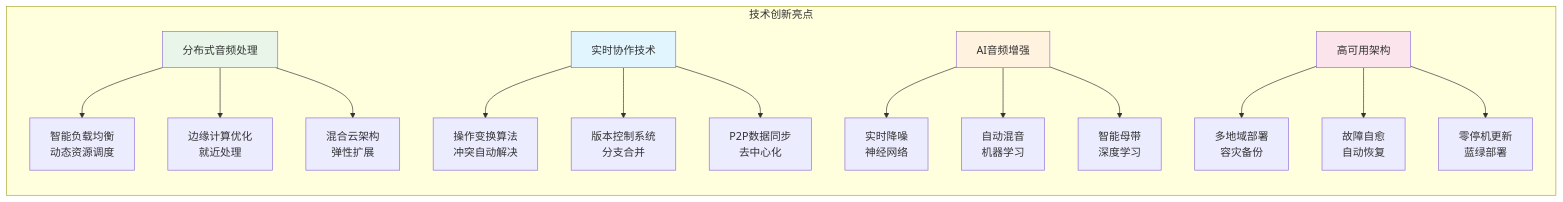
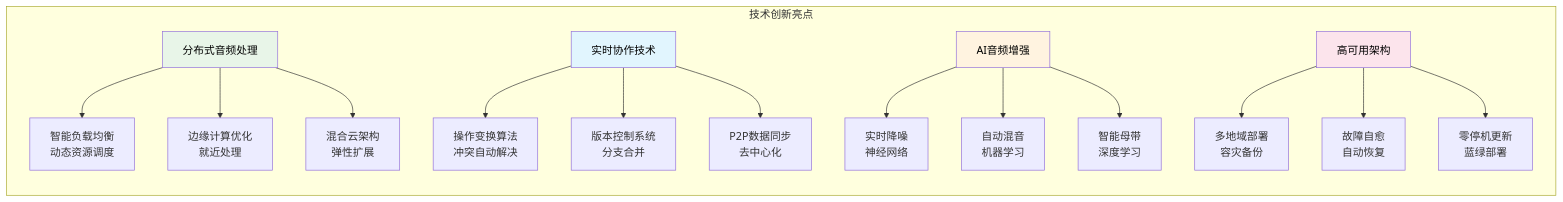
The sixth of 7 diagrams in ohmy408/datas.bundle/音频开发/1.9b AudioQueue.md (Dtheme/ohmy408), drawn with Mermaid before and after one commit. The commit also changed other lines of this file and 7 other files, not shown here.

````diff
--- a/ohmy408/datas.bundle/音频开发/1.9b AudioQueue.md
+++ b/ohmy408/datas.bundle/音频开发/1.9b AudioQueue.md
@@ -2065,25 +2065,25 @@
 ```mermaid
 graph LR
     subgraph "技术创新亮点"
         A[分布式音频处理] --> A1[智能负载均衡<br/>动态资源调度]
         A --> A2[边缘计算优化<br/>就近处理]
         A --> A3[混合云架构<br/>弹性扩展]
         
         B[实时协作技术] --> B1[操作变换算法<br/>冲突自动解决]
         B --> B2[版本控制系统<br/>分支合并]
         B --> B3[P2P数据同步<br/>去中心化]
         
         C[AI音频增强] --> C1[实时降噪<br/>神经网络]
         C --> C2[自动混音<br/>机器学习]
         C --> C3[智能母带<br/>深度学习]
         
         D[高可用架构] --> D1[多地域部署<br/>容灾备份]
         D --> D2[故障自愈<br/>自动恢复]
         D --> D3[零停机更新<br/>蓝绿部署]
     end
     
-    style A fill:#e8f5e8
-    style B fill:#e1f5fe
-    style C fill:#fff3e0
-    style D fill:#fce4ec
+    style A fill:#e8f5e8,color:#000
+    style B fill:#e1f5fe,color:#000
+    style C fill:#fff3e0,color:#000
+    style D fill:#fce4ec,color:#000
 ```
````
